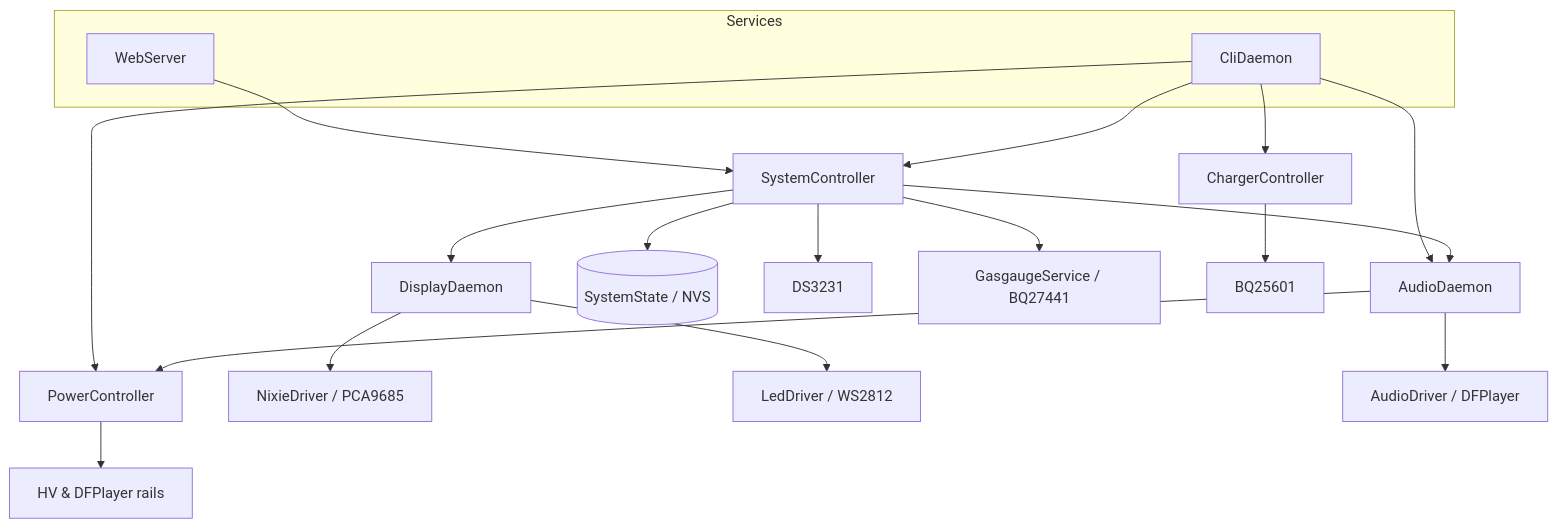
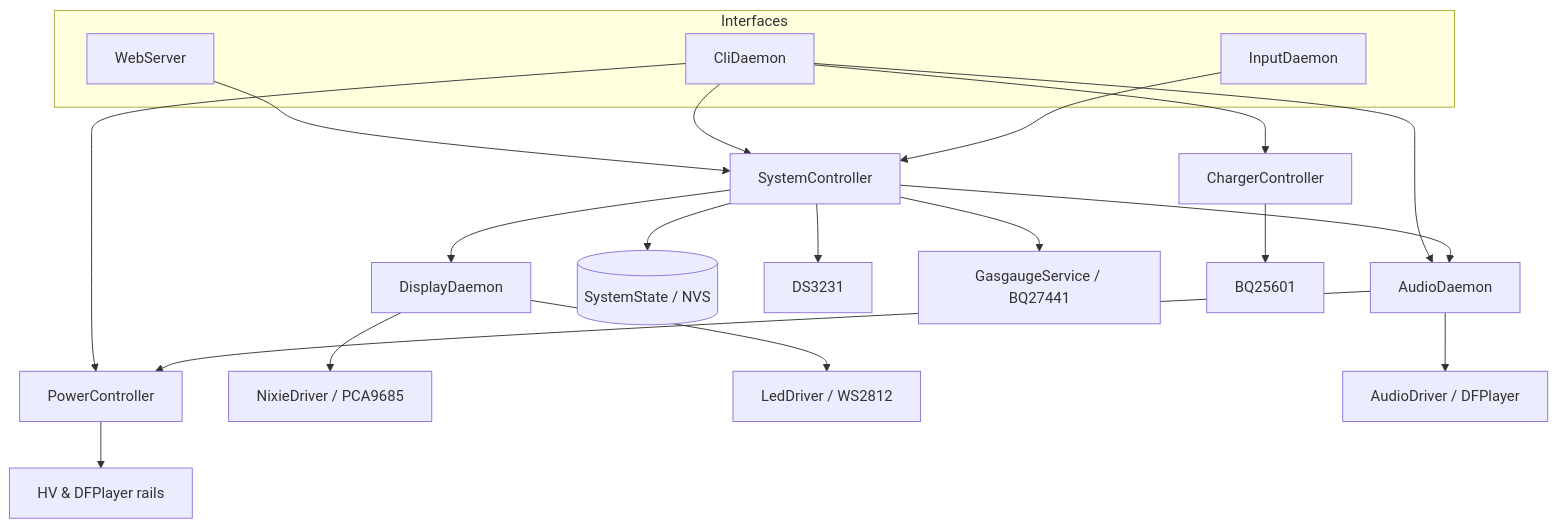
One commit to HabonRoof/nixietube_clock changed the diagram in README.md. Above: the diagram before and after it, drawn with Mermaid. The commit also changed other lines of this file, not shown here.

````diff
--- a/README.md
+++ b/README.md
@@ -43,32 +222,34 @@
 ```mermaid
 flowchart TB
-    subgraph Services
+    subgraph Interfaces
         Web[WebServer]
         CLI[CliDaemon]
+        IN[InputDaemon]
     end
 
     SC[SystemController]
     DD[DisplayDaemon]
     AD[AudioDaemon]
     CC[ChargerController]
     PC[PowerController]
 
     Web --> SC
     CLI --> SC
     CLI --> CC
     CLI --> PC
     CLI --> AD
+    IN --> SC
 
     SC --> DD
     SC --> AD
     SC --> SystemState[(SystemState / NVS)]
 
     DD --> Nixie[NixieDriver / PCA9685]
     DD --> LED[LedDriver / WS2812]
     AD --> Audio[AudioDriver / DFPlayer]
     AD --> PC
     SC --> RTC[DS3231]
     SC --> GG[GasgaugeService / BQ27441]
     CC --> Charger[BQ25601]
     PC --> Rails[HV & DFPlayer rails]
 ```
````
